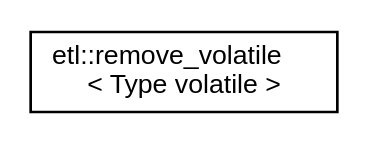
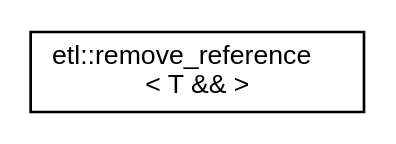
One commit to tobanteAudio/taetl changed the diagram in inherit_graph_67.dot. Above: the diagram before and after it, drawn with Graphviz. The commit also changed 263 other files, not shown here.

```diff
--- a/inherit_graph_67.dot
+++ b/inherit_graph_67.dot
@@ -1,7 +1,7 @@
 digraph "Graphical Class Hierarchy"
 {
   edge [fontname="Helvetica",fontsize="10",labelfontname="Helvetica",labelfontsize="10"];
   node [fontname="Helvetica",fontsize="10",shape=record];
   rankdir="LR";
-  Node0 [label="etl::remove_volatile\l\< Type volatile \>",height=0.2,width=0.4,color="black", fillcolor="white", style="filled",URL="$structetl_1_1remove__volatile_3_01Type_01volatile_01_4.html"];
+  Node0 [label="etl::remove_reference\l\< T && \>",height=0.2,width=0.4,color="black", fillcolor="white", style="filled",URL="$structetl_1_1remove__reference_3_01T_01_6_6_01_4.html"];
 }
```
